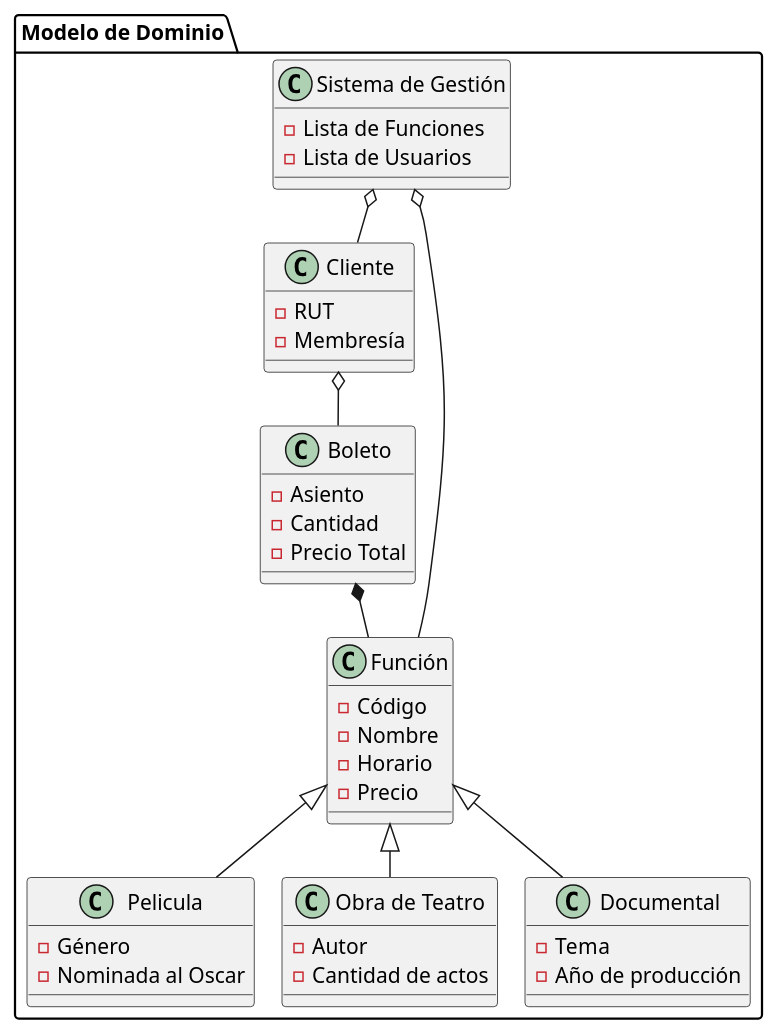
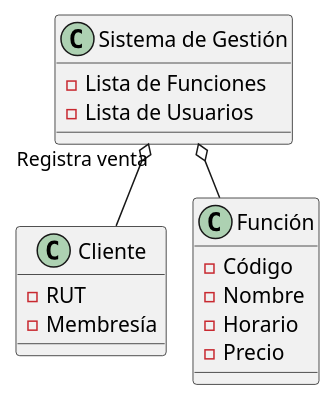
The diagram in src/Modelo de dominio.puml (SinLeekeUcn/PA_Taller3_JuanGomez), drawn with PlantUML before and after one commit.

```diff
--- a/src/Modelo de dominio.puml
+++ b/src/Modelo de dominio.puml
@@ -1,54 +1,24 @@
 @startuml
 !pragma layout smetana
-
-package "Modelo de Dominio" {
 
     class "Cliente" {
         - RUT
         - Membresía
     }
 
     class "Función" {
         - Código
         - Nombre
         - Horario
         - Precio
     }
 
-    class "Pelicula" {
-        - Género
-        - Nominada al Oscar
-    }
-
-    class "Obra de Teatro" {
-        - Autor
-        - Cantidad de actos
-    }
-
-    class "Documental" {
-        - Tema
-        - Año de producción
-    }
-
-    class "Boleto" {
-        - Asiento
-        - Cantidad
-        - Precio Total
-    }
-
     class "Sistema de Gestión" {
         - Lista de Funciones
         - Lista de Usuarios
     }
 
-    "Función" <|-- "Pelicula"
-    "Función" <|-- "Obra de Teatro"
-    "Función" <|-- "Documental"
-
-    "Cliente" o-- "Boleto"
-    "Boleto" *-- "Función"
-    "Sistema de Gestión" o-- "Cliente"
+    "Sistema de Gestión" "Registra venta" o-- "Cliente"
     "Sistema de Gestión" o-- "Función"
-}
 
 @enduml
```
